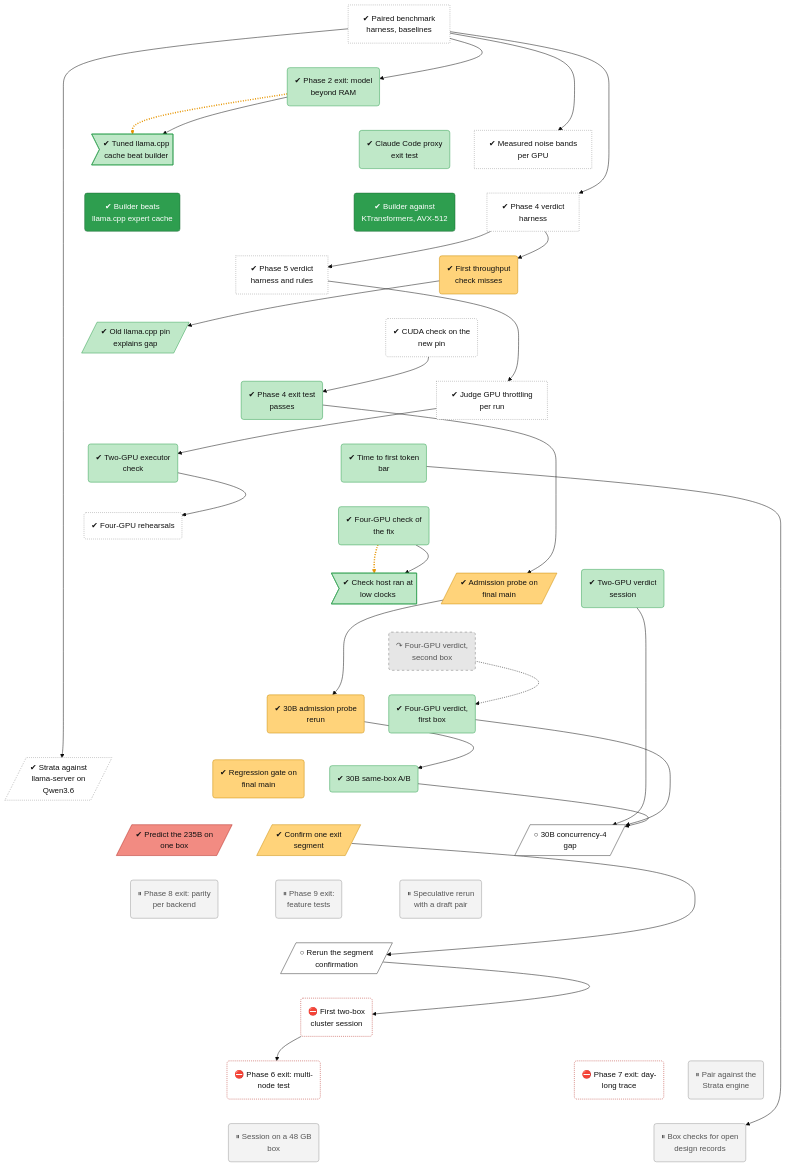
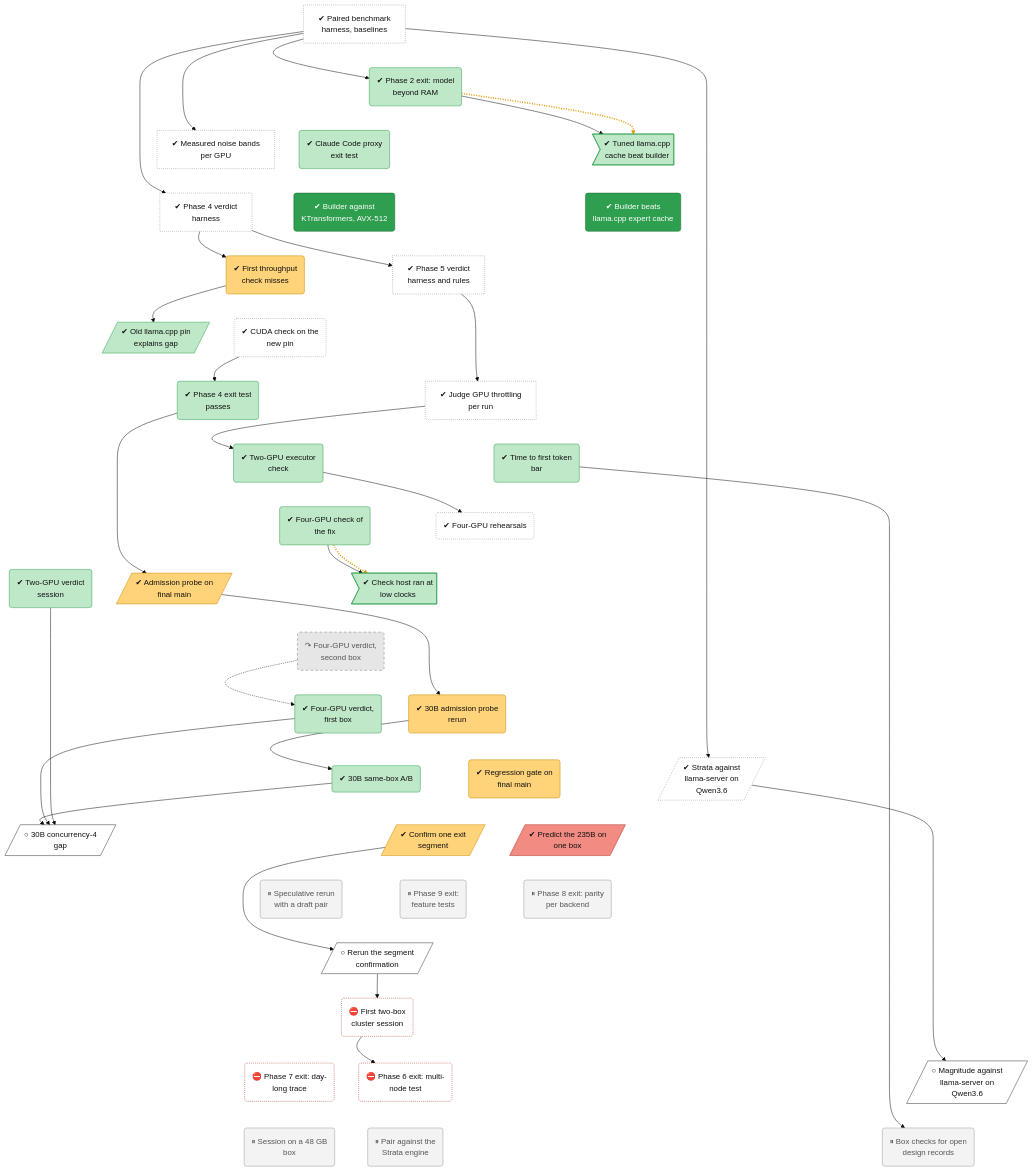
Before and after one commit to lhns/tetraeder: the diagram in docs/roadmap/tracks/bench.md, drawn with Mermaid (base theme). The commit also changed other lines of this file and 4 other files, not shown here.

Commit message:
plan.md references: Magnitude (own runtime, no ggml, no Qwen3; expert ranking and memory negotiation as references); tree node bench-magnitude-q36 (not measured)

````diff
--- a/docs/roadmap/tracks/bench.md
+++ b/docs/roadmap/tracks/bench.md
@@ -46,6 +46,7 @@
     bench_phase6_rehearsal("⛔ First two-box<br/>cluster session")
     bench_phase6_exit("⛔ Phase 6 exit: multi-<br/>node test")
     bench_phase7_exit("⛔ Phase 7 exit: day-<br/>long trace")
+    bench_magnitude_q36[/"○ Magnitude against<br/>llama-server on<br/>Qwen3.6"/]
     bench_strata_pairing("⏸ Pair against the<br/>Strata engine")
     bench_d1_session("⏸ Session on a 48 GB<br/>box")
     bench_open_records("⏸ Box checks for open<br/>design records")
@@ -90,10 +91,10 @@
     bench_235b_segment_confirm_2 ~~~ bench_phase6_rehearsal
     bench_phase6_rehearsal ~~~ bench_phase6_exit
     bench_phase6_rehearsal ~~~ bench_phase7_exit
-    bench_phase6_rehearsal ~~~ bench_strata_pairing
-    bench_phase6_exit ~~~ bench_d1_session
-    bench_phase7_exit ~~~ bench_open_records
-    bench_strata_pairing ~~~ bench_open_records
+    bench_phase6_rehearsal ~~~ bench_magnitude_q36
+    bench_phase6_exit ~~~ bench_strata_pairing
+    bench_phase7_exit ~~~ bench_d1_session
+    bench_magnitude_q36 ~~~ bench_open_records
     bench_harness --> bench_phase2_exit
     bench_phase2_exit -.-> bench_defect_tuned_cache
     bench_phase2_exit --> bench_defect_tuned_cache
@@ -119,6 +120,7 @@
     bench_235b_segment_confirm --> bench_235b_segment_confirm_2
     bench_235b_segment_confirm_2 --> bench_phase6_rehearsal
     bench_phase6_rehearsal --> bench_phase6_exit
+    bench_strata_q36 --> bench_magnitude_q36
     bench_ttft --> bench_open_records
     linkStyle 46,57 stroke:#e69500,stroke-width:3px,stroke-dasharray:2 3
     classDef vsucc fill:#2e9e4f,stroke:#1b6b34,color:#fff
@@ -141,7 +143,7 @@
     class bench_d2a_rerun,bench_d2a_probe,bench_d2a_30b,bench_regression_gate,bench_235b_segment_confirm mixed
     class bench_v4b_verdict dead
     class bench_235b_stream_predict bad
-    class bench_30b_c4_gap,bench_235b_segment_confirm_2 next
+    class bench_30b_c4_gap,bench_235b_segment_confirm_2,bench_magnitude_q36 next
     class bench_phase8_exit,bench_phase9_exit,bench_spec_rerun,bench_strata_pairing,bench_d1_session,bench_open_records parked
     class bench_phase6_rehearsal,bench_phase6_exit,bench_phase7_exit blocked
 ```
````
